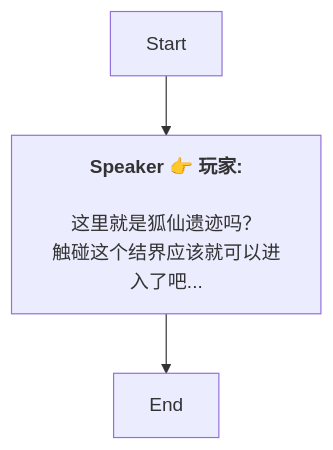
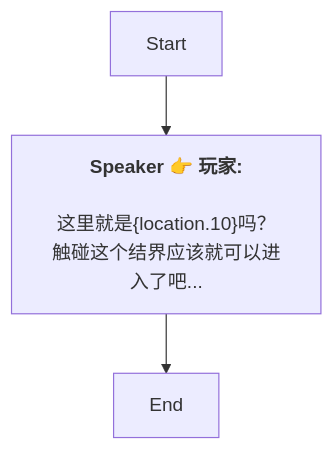
One commit to SoftHu/tos_avg changed the diagram in Zh/QuestStartTalkENode_1749521427653894.md. Above: the diagram before and after it, drawn with Mermaid. The commit also changed 199 other files, not shown here.

````diff
--- a/Zh/QuestStartTalkENode_1749521427653894.md
+++ b/Zh/QuestStartTalkENode_1749521427653894.md
@@ -1,9 +1,9 @@
 ```mermaid
 graph
 Start -->1749521508459785[<b>Speaker 👉 玩家:</b>
 
-这里就是狐仙遗迹吗？
+这里就是&lbrace;location.10&rbrace;吗？
 触碰这个结界应该就可以进入了吧...]
 1749521508459785 -->1749521514432778[End]
 
  ```
````
